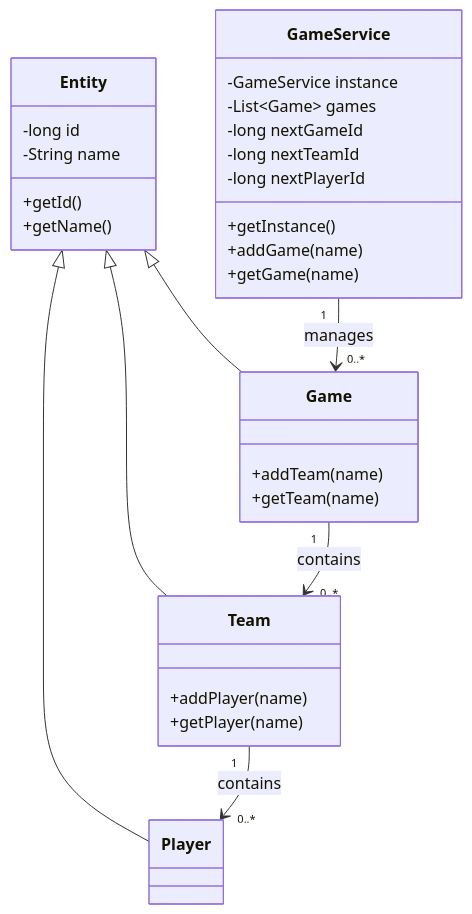
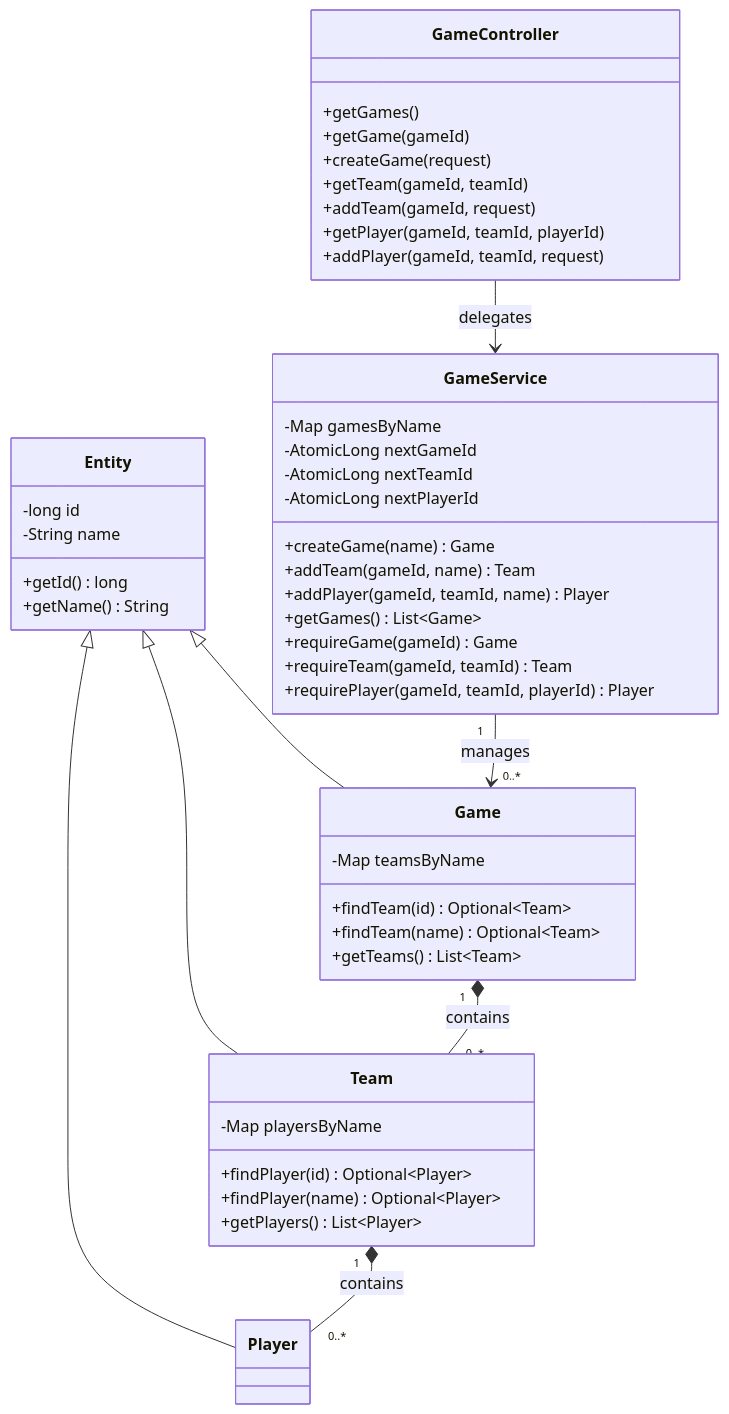
Before and after one commit to KSobersTech/draw-it-or-lose-it-platform-analysis: the first of 3 diagrams in docs/architecture-overview.md, drawn with Mermaid. The commit also changed other lines of this file and 31 other files, not shown here.

````diff
--- a/docs/architecture-overview.md
+++ b/docs/architecture-overview.md
@@ -20,39 +20,57 @@
 ```mermaid
 classDiagram
     class Entity {
         -long id
         -String name
-        +getId()
-        +getName()
+        +getId() long
+        +getName() String
     }
 
     class Game {
-        +addTeam(name)
-        +getTeam(name)
+        -Map teamsByName
+        +findTeam(id) Optional~Team~
+        +findTeam(name) Optional~Team~
+        +getTeams() List~Team~
     }
 
     class Team {
-        +addPlayer(name)
-        +getPlayer(name)
+        -Map playersByName
+        +findPlayer(id) Optional~Player~
+        +findPlayer(name) Optional~Player~
+        +getPlayers() List~Player~
     }
 
     class Player
 
     class GameService {
-        -GameService instance
-        -List~Game~ games
-        -long nextGameId
-        -long nextTeamId
-        -long nextPlayerId
-        +getInstance()
-        +addGame(name)
-        +getGame(name)
+        -Map gamesByName
+        -AtomicLong nextGameId
+        -AtomicLong nextTeamId
+        -AtomicLong nextPlayerId
+        +createGame(name) Game
+        +addTeam(gameId, name) Team
+        +addPlayer(gameId, teamId, name) Player
+        +getGames() List~Game~
+        +requireGame(gameId) Game
+        +requireTeam(gameId, teamId) Team
+        +requirePlayer(gameId, teamId, playerId) Player
+    }
+
+    class GameController {
+        +getGames()
+        +getGame(gameId)
+        +createGame(request)
+        +getTeam(gameId, teamId)
+        +addTeam(gameId, request)
+        +getPlayer(gameId, teamId, playerId)
+        +addPlayer(gameId, teamId, request)
     }
 
     Entity <|-- Game
     Entity <|-- Team
     Entity <|-- Player
     GameService "1" --> "0..*" Game : manages
-    Game "1" --> "0..*" Team : contains
-    Team "1" --> "0..*" Player : contains
+    Game "1" *-- "0..*" Team : contains
+    Team "1" *-- "0..*" Player : contains
+    GameController --> GameService : delegates
 ```
````
